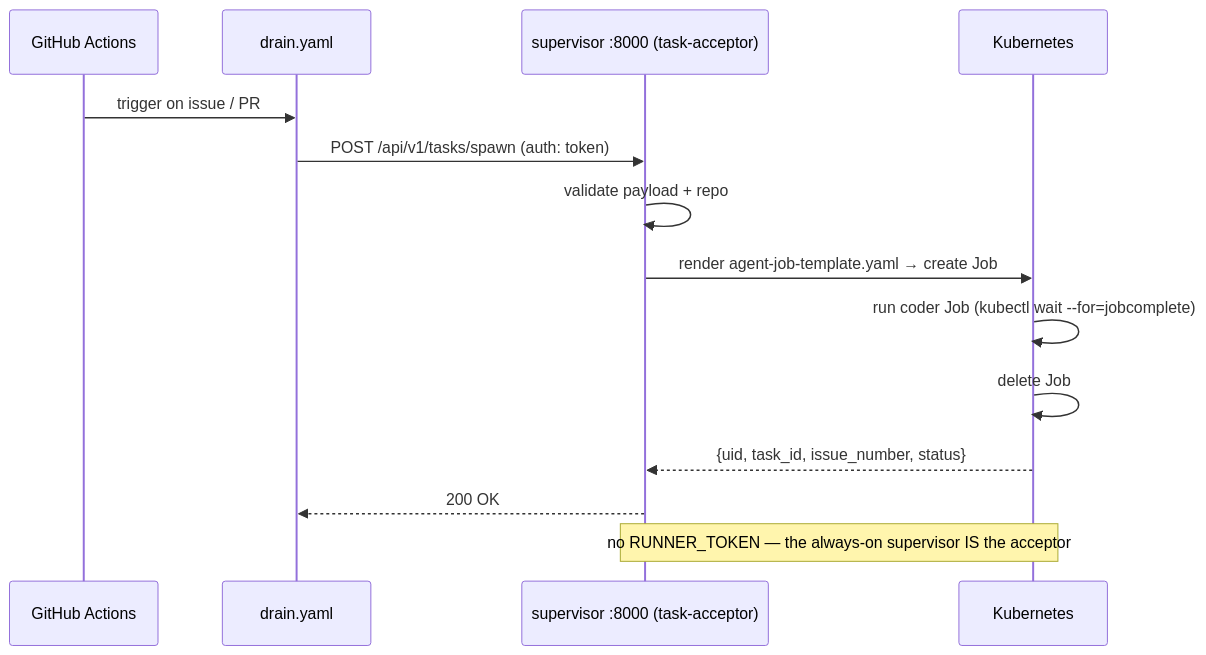
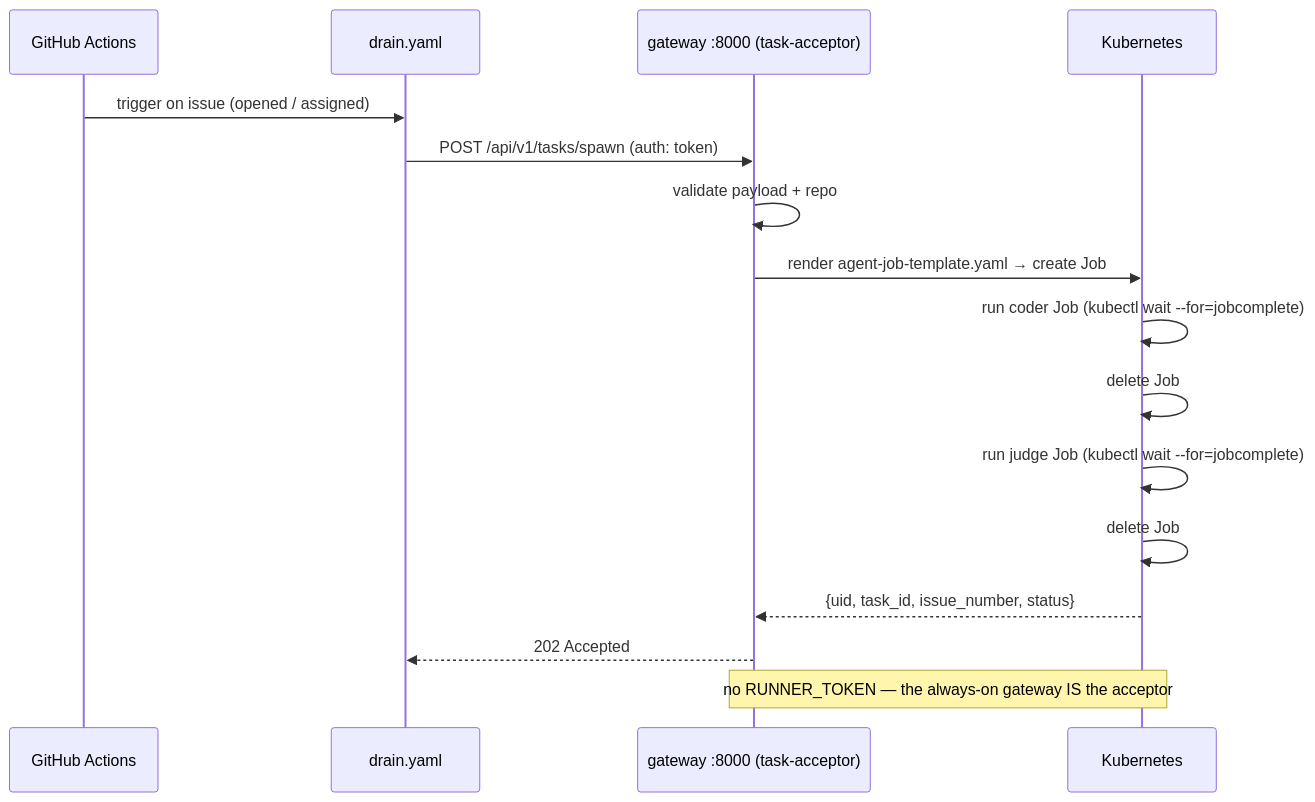
Before and after one commit to UtopikLab/code-factory: the first of 4 diagrams in docs/design/thinktank-plan.md, drawn with Mermaid. The commit also changed other lines of this file and 34 other files, not shown here.

First line of the commit message:
refactor: split monolithic chart into inference & orchestrator sub-charts

````diff
--- a/docs/design/thinktank-plan.md
+++ b/docs/design/thinktank-plan.md
@@ -92,16 +92,18 @@
 ```mermaid
 sequenceDiagram
     participant GH as GitHub Actions
     participant WF as drain.yaml
-    participant SVC as supervisor :8000 (task-acceptor)
+    participant GW as gateway :8000 (task-acceptor)
     participant K8 as Kubernetes
-    GH->>WF: trigger on issue / PR
-    WF->>SVC: POST /api/v1/tasks/spawn (auth: token)
-    SVC->>SVC: validate payload + repo
-    SVC->>K8: render agent-job-template.yaml → create Job
+    GH->>WF: trigger on issue (opened / assigned)
+    WF->>GW: POST /api/v1/tasks/spawn (auth: token)
+    GW->>GW: validate payload + repo
+    GW->>K8: render agent-job-template.yaml → create Job
     K8->>K8: run coder Job (kubectl wait --for=jobcomplete)
     K8->>K8: delete Job
-    K8-->>SVC: {uid, task_id, issue_number, status}
-    SVC-->>WF: 200 OK
-    note over SVC,K8: no RUNNER_TOKEN — the always-on supervisor IS the acceptor
+    K8->>K8: run judge Job (kubectl wait --for=jobcomplete)
+    K8->>K8: delete Job
+    K8-->>GW: {uid, task_id, issue_number, status}
+    GW-->>WF: 202 Accepted
+    note over GW,K8: no RUNNER_TOKEN — the always-on gateway IS the acceptor
 ```
````
